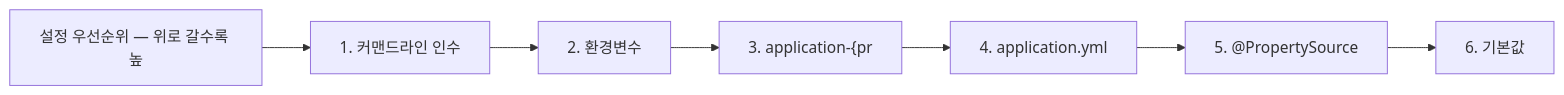
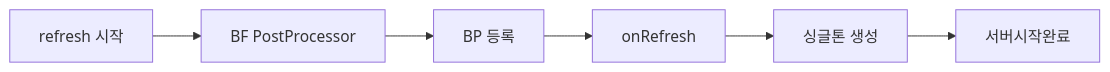
The fourth of 5 diagrams in _posts/spring/2026-05-02-spring-boot-autoconfigure.md (yjkim2015/yjkim2015.github.io), drawn with Mermaid before and after one commit. The commit also changed other lines of this file and 4 other files, not shown here.

````diff
--- a/_posts/spring/2026-05-02-spring-boot-autoconfigure.md
+++ b/_posts/spring/2026-05-02-spring-boot-autoconfigure.md
@@ -280,9 +816,8 @@
 ```mermaid
 graph LR
-    A["설정 우선순위 — 위로 갈수록 높"] --> B["1. 커맨드라인 인수"]
-    B --> C["2. 환경변수"]
-    C --> D["3. application-{pr"]
-    D --> E["4. application.yml"]
-    E --> F["5. @PropertySource"]
-    F --> G["6. 기본값"]
+    A[refresh 시작] --> B[BF PostProcessor]
+    B --> C[BP 등록]
+    C --> D[onRefresh]
+    D --> E[싱글톤 생성]
+    E --> F[서버시작완료]
 ```
````
